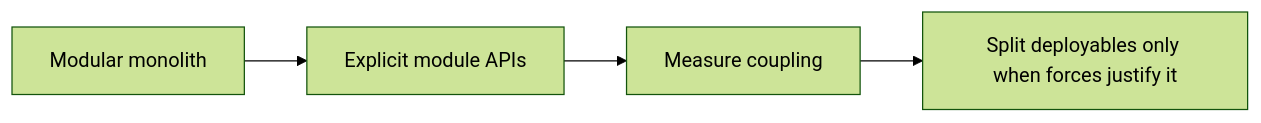
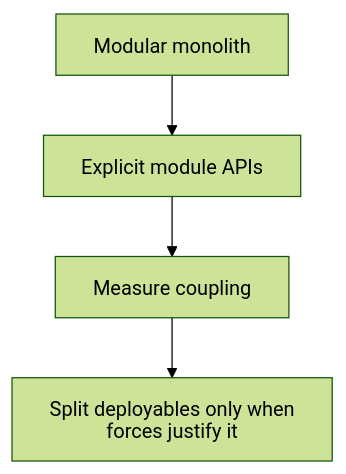
One commit to AndresTaoFlorez/software-architecture changed the fifth of 5 diagrams in architecture/foundations/evolution-and-scaling.md. Above: the diagram before and after it, drawn with Mermaid (forest theme). The commit also changed other lines of this file and 79 other files, not shown here.

````diff
--- a/architecture/foundations/evolution-and-scaling.md
+++ b/architecture/foundations/evolution-and-scaling.md
@@ -121,4 +148,5 @@
 ```mermaid
-flowchart LR
-    M["Modular monolith"] --> API["Explicit module APIs"] --> C["Measure coupling"] --> S["Split deployables only when forces justify it"]
+%%{init: {"htmlLabels": false, "flowchart": {"htmlLabels": false, "nodeSpacing": 28, "rankSpacing": 48, "diagramPadding": 20, "wrappingWidth": 280}, "sequence": {"wrap": true, "diagramMarginX": 20, "diagramMarginY": 20}}}%%
+flowchart TB
+    M["Modular monolith"] --> API["Explicit module APIs"] --> C["Measure coupling"] --> S["Split deployables only when<br/>forces justify it"]
 ```
````
